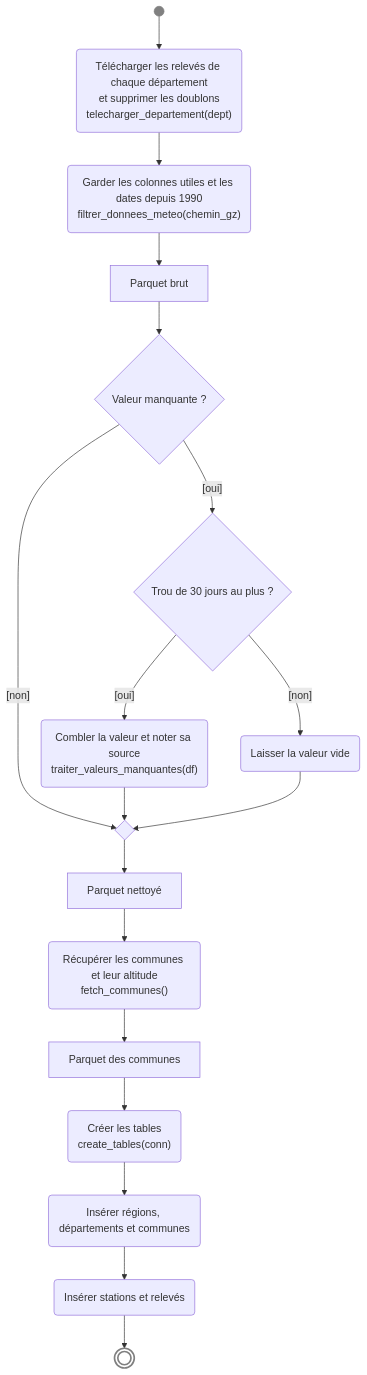
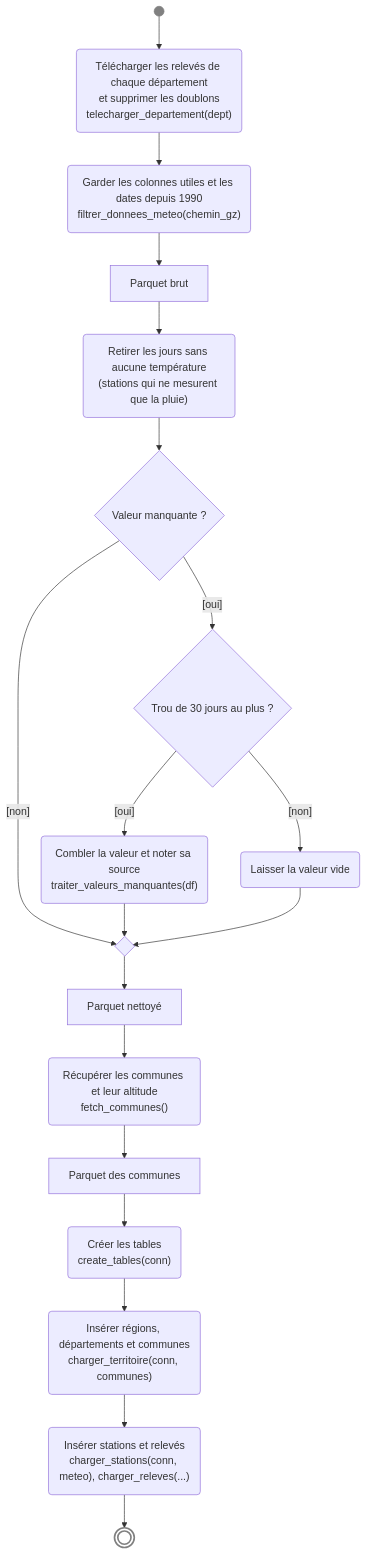
One commit to gabriel-dahan/ensai-it-project-2a-team12 changed the tenth of 16 diagrams in doc/new_diagram.md. Above: the diagram before and after it, drawn with Mermaid. The commit also changed other lines of this file and 18 other files, not shown here.

````diff
--- a/doc/new_diagram.md
+++ b/doc/new_diagram.md
@@ -725,25 +725,26 @@
 ```mermaid
 flowchart TD
     debut((" ")) --> a1("Télécharger les relevés de chaque département<br/>et supprimer les doublons<br/>telecharger_departement(dept)")
     a1 --> a2("Garder les colonnes utiles et les dates depuis 1990<br/>filtrer_donnees_meteo(chemin_gz)")
     a2 --> o1["Parquet brut"]
-    o1 --> d1{"Valeur manquante ?"}
+    o1 --> a0("Retirer les jours sans aucune température<br/>(stations qui ne mesurent que la pluie)")
+    a0 --> d1{"Valeur manquante ?"}
     d1 -->|"[non]"| m1{" "}
     d1 -->|"[oui]"| d2{"Trou de 30 jours au plus ?"}
     d2 -->|"[oui]"| a3("Combler la valeur et noter sa source<br/>traiter_valeurs_manquantes(df)")
     d2 -->|"[non]"| a4("Laisser la valeur vide")
     a3 --> m1
     a4 --> m1
     m1 --> o2["Parquet nettoyé"]
     o2 --> a5("Récupérer les communes et leur altitude<br/>fetch_communes()")
     a5 --> o3["Parquet des communes"]
     o3 --> a6("Créer les tables<br/>create_tables(conn)")
-    a6 --> a7("Insérer régions, départements et communes")
-    a7 --> a8("Insérer stations et relevés")
+    a6 --> a7("Insérer régions, départements et communes<br/>charger_territoire(conn, communes)")
+    a7 --> a8("Insérer stations et relevés<br/>charger_stations(conn, meteo), charger_releves(...)")
     a8 --> fin(((" ")))
 
     classDef initial fill:#808080,stroke:#808080
     classDef final fill:none,stroke:#808080,stroke-width:2.5px
     class debut initial
     class fin final
 ```
````
